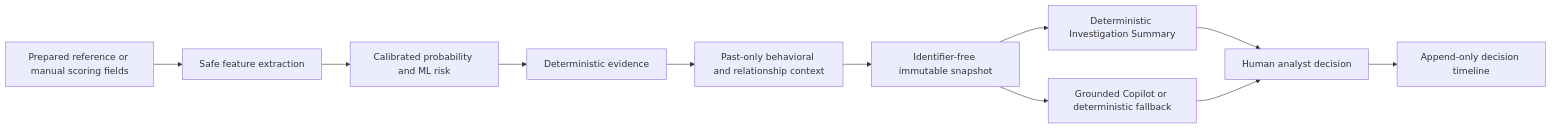
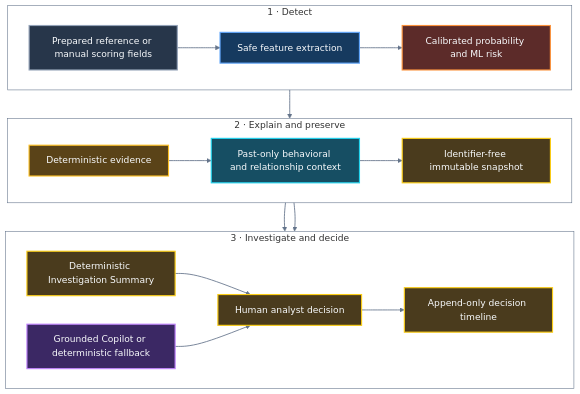
One commit to adilbagwan46/fraudetect-Ai changed the second of 4 diagrams in README.md. Above: the diagram before and after it, drawn with Mermaid. The commit also changed other lines of this file, not shown here.

Commit message:
docs: enhance README architecture visuals

````diff
--- a/README.md
+++ b/README.md
@@ -158,14 +206,53 @@
 ```mermaid
-flowchart LR
-    Input[Prepared reference or manual scoring fields]
-    Input --> Features[Safe feature extraction]
-    Features --> Score[Calibrated probability and ML risk]
-    Score --> Facts[Deterministic evidence]
-    Facts --> History[Past-only behavioral and relationship context]
-    History --> Snapshot[Identifier-free immutable snapshot]
-    Snapshot --> Summary[Deterministic Investigation Summary]
-    Snapshot --> Brief[Grounded Copilot or deterministic fallback]
-    Summary --> Decision[Human analyst decision]
-    Brief --> Decision
-    Decision --> Timeline[Append-only decision timeline]
+flowchart TB
+    subgraph Detect["1 · Detect"]
+        direction LR
+        Input[Prepared reference or manual scoring fields]
+        Input --> Features[Safe feature extraction]
+        Features --> Score[Calibrated probability and ML risk]
+    end
+
+    subgraph Explain["2 · Explain and preserve"]
+        direction LR
+        Facts[Deterministic evidence]
+        Facts --> History[Past-only behavioral and relationship context]
+        History --> Snapshot[Identifier-free immutable snapshot]
+    end
+
+    subgraph Decide["3 · Investigate and decide"]
+        direction LR
+        Summary[Deterministic Investigation Summary]
+        Brief[Grounded Copilot or deterministic fallback]
+        Decision[Human analyst decision]
+        Timeline[Append-only decision timeline]
+
+        Summary --> Decision
+        Brief --> Decision
+        Decision --> Timeline
+    end
+
+    Score --> Facts
+    Snapshot --> Summary
+    Snapshot --> Brief
+
+    classDef input fill:#27364A,stroke:#94A3B8,color:#F8FAFC,stroke-width:2px;
+    classDef frontend fill:#163A5F,stroke:#60A5FA,color:#F8FAFC,stroke-width:2px;
+    classDef ml fill:#5C2B29,stroke:#FB923C,color:#F8FAFC,stroke-width:2px;
+    classDef evidence fill:#5A4318,stroke:#FBBF24,color:#F8FAFC,stroke-width:2px;
+    classDef context fill:#164E63,stroke:#22D3EE,color:#F8FAFC,stroke-width:2px;
+    classDef casework fill:#4A3B1D,stroke:#FACC15,color:#F8FAFC,stroke-width:2px;
+    classDef copilot fill:#3B2864,stroke:#C084FC,color:#F8FAFC,stroke-width:2px;
+
+    class Input input;
+    class Features frontend;
+    class Score ml;
+    class Facts evidence;
+    class History context;
+    class Snapshot,Summary,Decision,Timeline casework;
+    class Brief copilot;
+
+    style Detect fill:transparent,stroke:#64748B,stroke-width:1px;
+    style Explain fill:transparent,stroke:#64748B,stroke-width:1px;
+    style Decide fill:transparent,stroke:#64748B,stroke-width:1px;
+    linkStyle default stroke:#64748B,stroke-width:1.5px;
 ```
````
